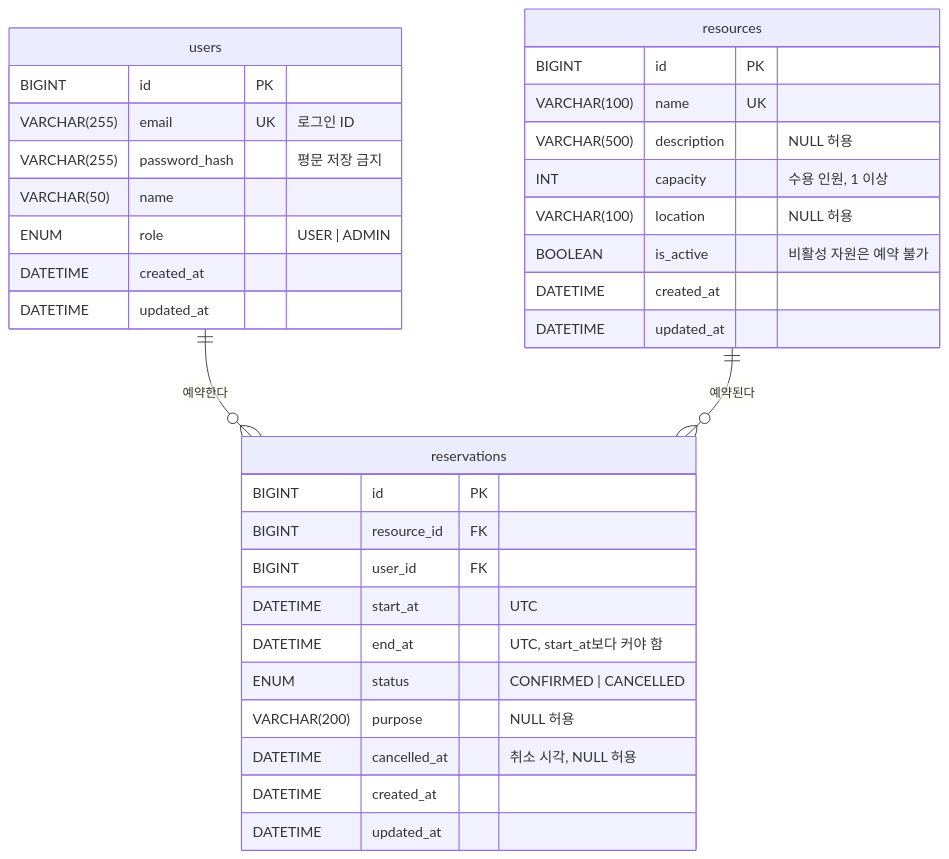
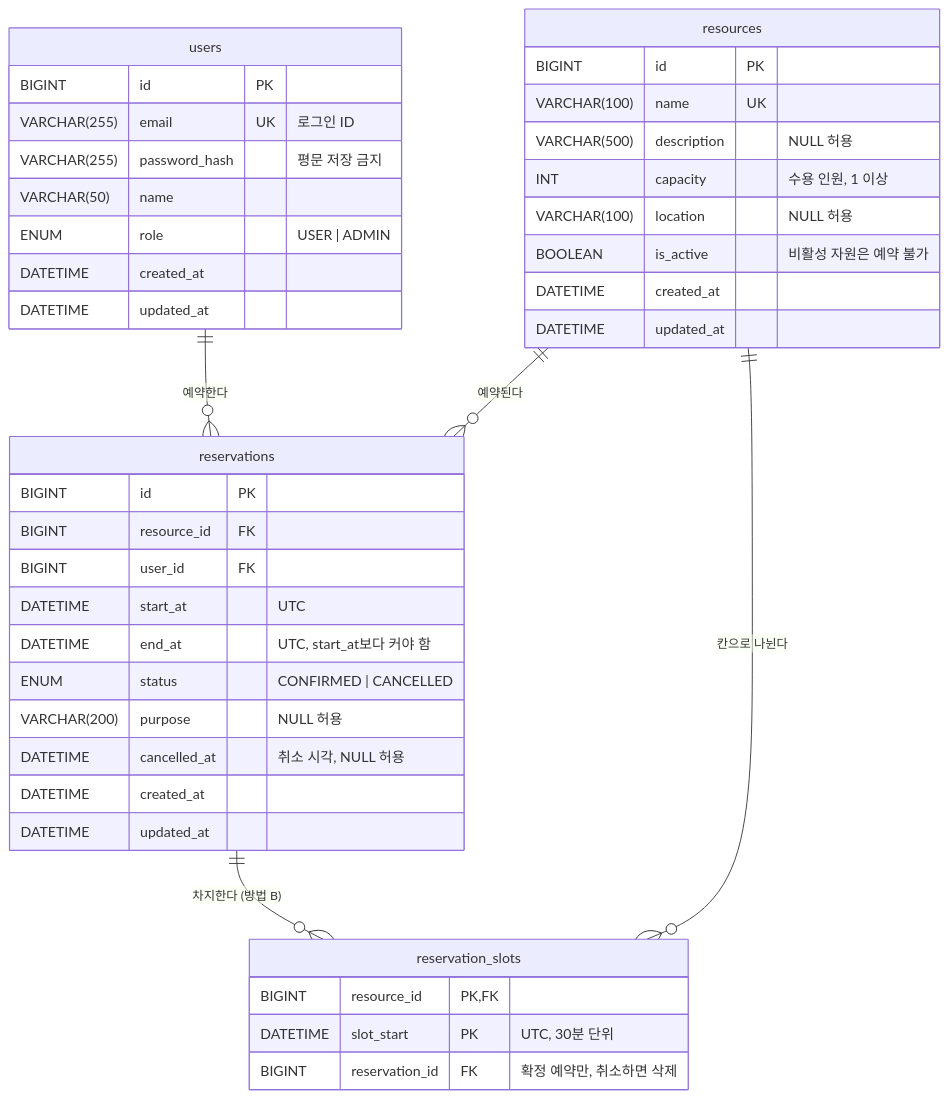
Before and after one commit to hocastle1999/reservation-api: the diagram in docs/erd.md, drawn with Mermaid. The commit also changed other lines of this file and 2 other files, not shown here.

````diff
--- a/docs/erd.md
+++ b/docs/erd.md
@@ -15,39 +15,47 @@
 ```mermaid
 erDiagram
     users ||--o{ reservations : "예약한다"
     resources ||--o{ reservations : "예약된다"
+    reservations ||--o{ reservation_slots : "차지한다 (방법 B)"
+    resources ||--o{ reservation_slots : "칸으로 나뉜다"
 
     users {
         BIGINT id PK
         VARCHAR(255) email UK "로그인 ID"
         VARCHAR(255) password_hash "평문 저장 금지"
         VARCHAR(50) name
         ENUM role "USER | ADMIN"
         DATETIME created_at
         DATETIME updated_at
     }
 
     resources {
         BIGINT id PK
         VARCHAR(100) name UK
         VARCHAR(500) description "NULL 허용"
         INT capacity "수용 인원, 1 이상"
         VARCHAR(100) location "NULL 허용"
         BOOLEAN is_active "비활성 자원은 예약 불가"
         DATETIME created_at
         DATETIME updated_at
     }
 
     reservations {
         BIGINT id PK
         BIGINT resource_id FK
         BIGINT user_id FK
         DATETIME start_at "UTC"
         DATETIME end_at "UTC, start_at보다 커야 함"
         ENUM status "CONFIRMED | CANCELLED"
         VARCHAR(200) purpose "NULL 허용"
         DATETIME cancelled_at "취소 시각, NULL 허용"
         DATETIME created_at
         DATETIME updated_at
     }
+
+    reservation_slots {
+        BIGINT resource_id PK,FK
+        DATETIME slot_start PK "UTC, 30분 단위"
+        BIGINT reservation_id FK "확정 예약만, 취소하면 삭제"
+    }
 ```
````
